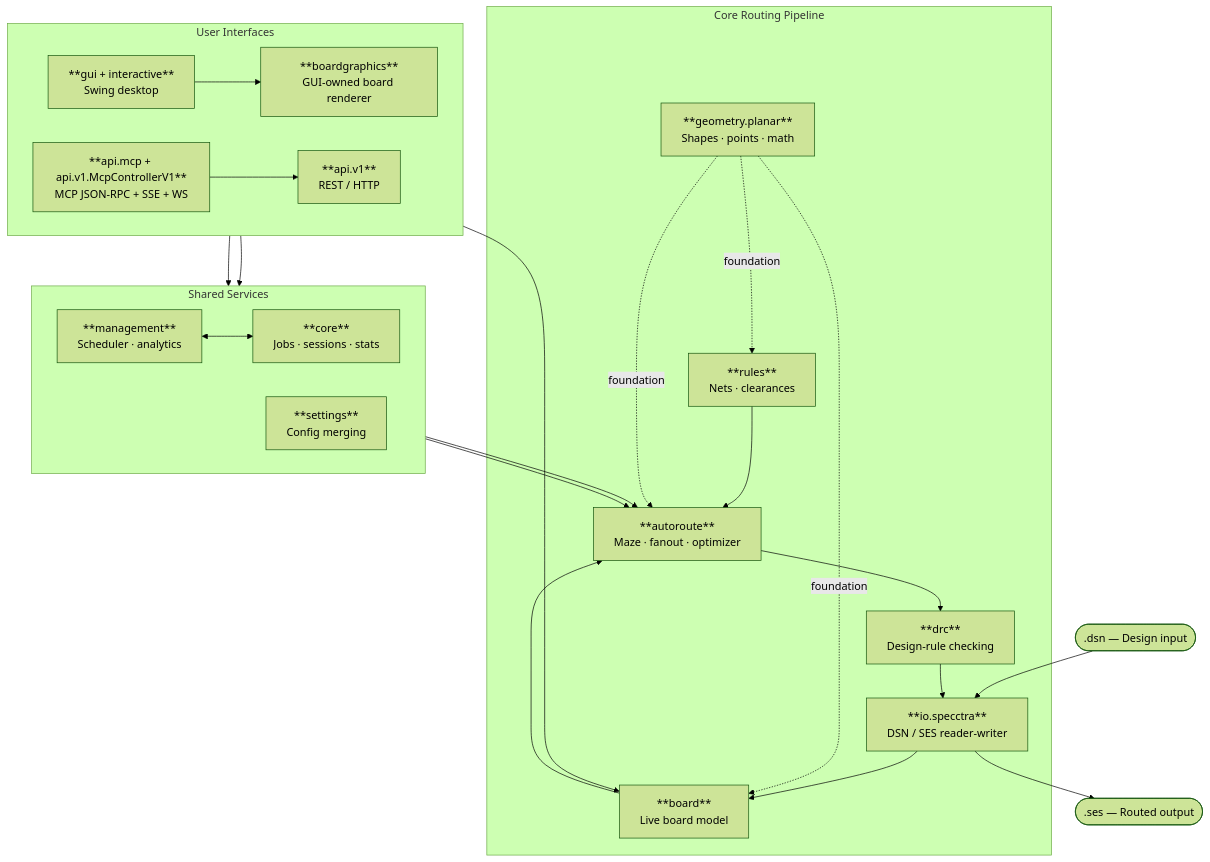
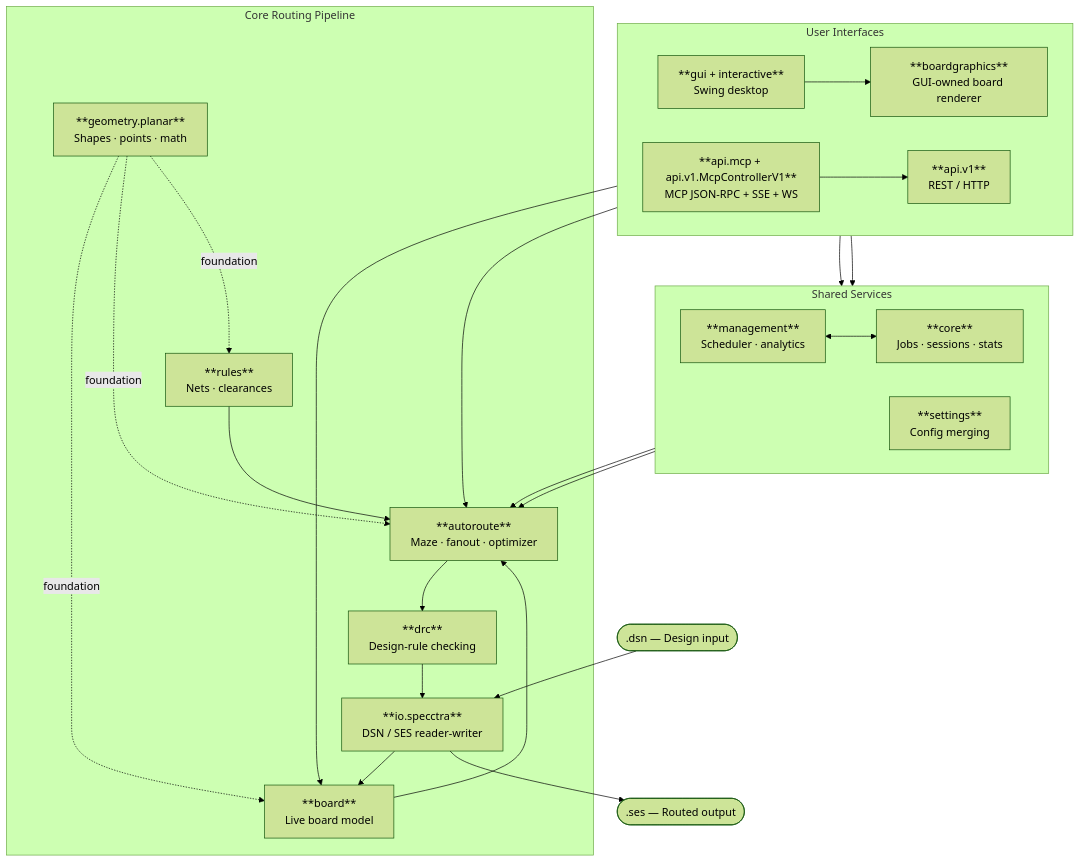
The diagram in docs/architecture.md (freerouting/freerouting), drawn with Mermaid (forest theme) before and after one commit. The commit also changed other lines of this file and 2 other files, not shown here.

````diff
--- a/docs/architecture.md
+++ b/docs/architecture.md
@@ -15,45 +15,46 @@
 ```mermaid
 flowchart TD
     DSN([".dsn — Design input"])
     SES([".ses — Routed output"])
 
     subgraph interfaces ["User Interfaces"]
         direction LR
         GUI["**gui + interactive**\nSwing desktop"]
         RENDER["**boardgraphics**\nGUI-owned board renderer"]
         API["**api.v1**\nREST / HTTP"]
         MCP["**api.mcp + api.v1.McpControllerV1**\nMCP JSON-RPC + SSE + WS"]
     end
 
     subgraph services ["Shared Services"]
         direction LR
         MGMT["**management**\nScheduler · analytics"]
         CORE["**core**\nJobs · sessions · stats"]
         CFG["**settings**\nConfig merging"]
     end
 
     subgraph pipeline ["Core Routing Pipeline"]
         IO["**io.specctra**\nDSN / SES reader-writer"]
         BOARD["**board**\nLive board model"]
         RULES["**rules**\nNets · clearances"]
         AR["**autoroute**\nMaze · fanout · optimizer"]
         DRC["**drc**\nDesign-rule checking"]
         GEO["**geometry.planar**\nShapes · points · math"]
     end
 
     DSN --> IO --> BOARD
     RULES --> AR
     BOARD --> AR
     AR --> DRC --> IO --> SES
     GEO -. foundation .-> BOARD
     GEO -. foundation .-> AR
     GEO -. foundation .-> RULES
 
     GUI --> MGMT
     GUI --> RENDER --> BOARD
+    RENDER --> AR
     API --> MGMT
     MCP --> API
     MGMT <--> CORE
     CFG --> AR
     CORE --> AR
 ```
````
